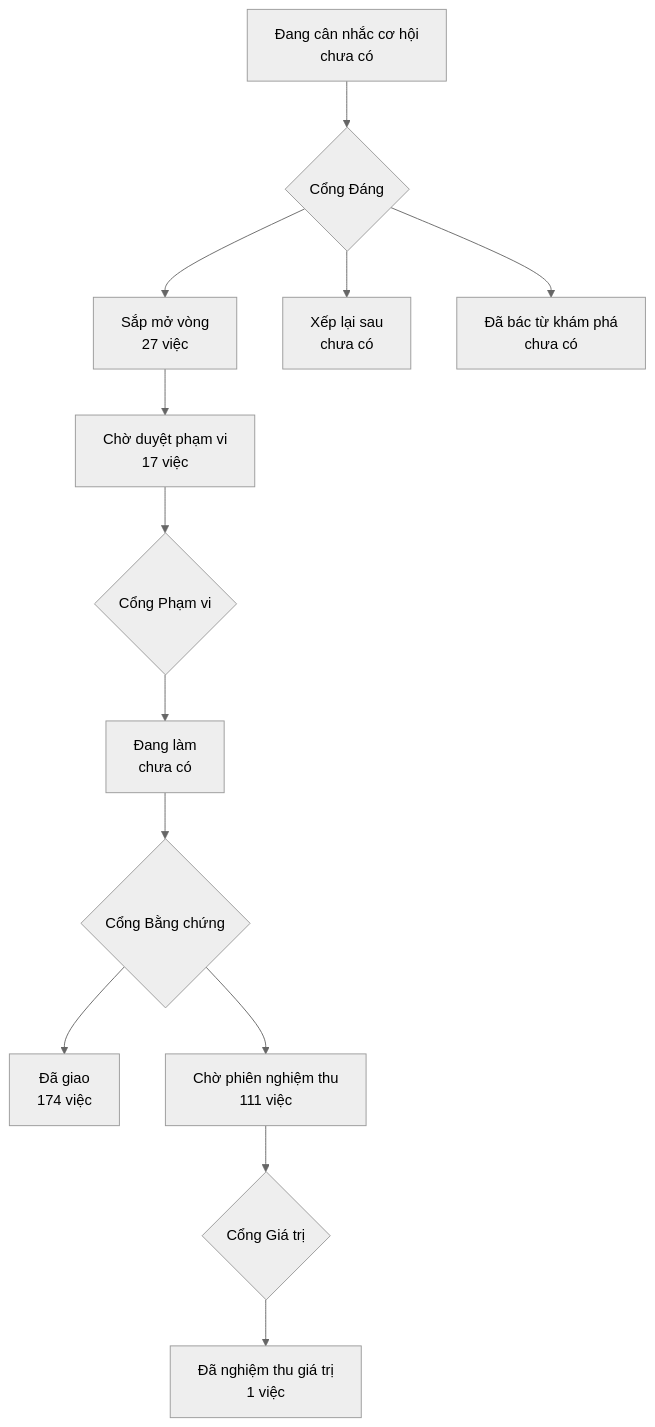
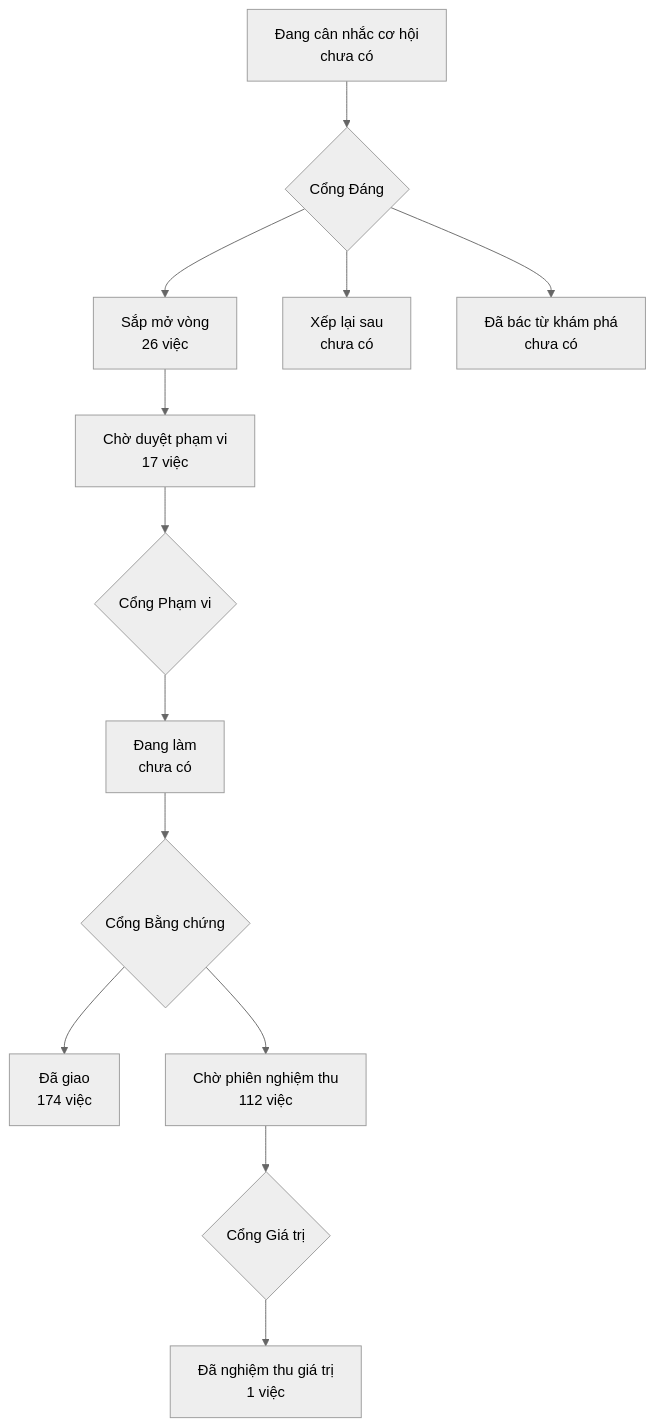
The diagram in PRODUCT-MAP.md (phanlemanh/onehub-invest), drawn with Mermaid (neutral theme) before and after one commit. The commit also changed other lines of this file and 1 other file, not shown here.

Commit message:
chore(map): sinh lại bản đồ sau khi gộp main 7e7b7073

````diff
--- a/PRODUCT-MAP.md
+++ b/PRODUCT-MAP.md
@@ -7,12 +7,12 @@
 ```mermaid
 flowchart TD
   A["Đang cân nhắc cơ hội<br/>chưa có"] --> GD{"Cổng Đáng"}
-  GD --> B["Sắp mở vòng<br/>27 việc"]
+  GD --> B["Sắp mở vòng<br/>26 việc"]
   GD --> XL["Xếp lại sau<br/>chưa có"]
   GD --> DB["Đã bác từ khám phá<br/>chưa có"]
   B --> CD["Chờ duyệt phạm vi<br/>17 việc"] --> GP{"Cổng Phạm vi"}
   GP --> DL["Đang làm<br/>chưa có"] --> GB{"Cổng Bằng chứng"}
   GB --> DG["Đã giao<br/>174 việc"]
-  GB --> CN["Chờ phiên nghiệm thu<br/>111 việc"] --> GG{"Cổng Giá trị"}
+  GB --> CN["Chờ phiên nghiệm thu<br/>112 việc"] --> GG{"Cổng Giá trị"}
   GG --> NT["Đã nghiệm thu giá trị<br/>1 việc"]
 ```
````
